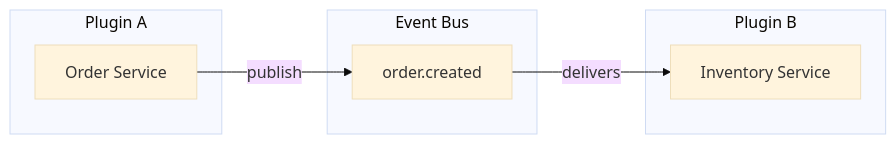
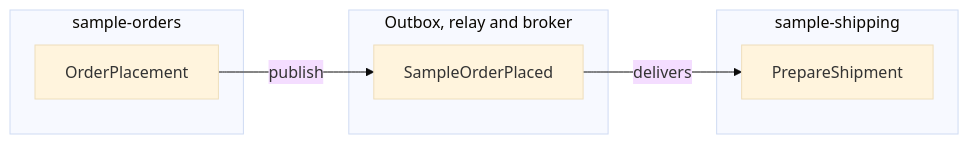
The second of 2 diagrams in website/docs/concepts/plugin-model.md (brix-kit-dev/brix), drawn with Mermaid (base theme) before and after one commit. The commit also changed other lines of this file and 20 other files, not shown here.

````diff
--- a/website/docs/concepts/plugin-model.md
+++ b/website/docs/concepts/plugin-model.md
@@ -191,17 +269,17 @@
 ```mermaid
 graph LR
-    subgraph "Plugin A"
-        A[Order Service]
+    subgraph "sample-orders"
+        A[OrderPlacement]
     end
     
-    subgraph "Event Bus"
-        E[order.created]
+    subgraph "Outbox, relay and broker"
+        E[SampleOrderPlaced]
     end
     
-    subgraph "Plugin B"
-        B[Inventory Service]
+    subgraph "sample-shipping"
+        B[PrepareShipment]
     end
     
     A -->|publish| E
     E -->|delivers| B
 ```
````
